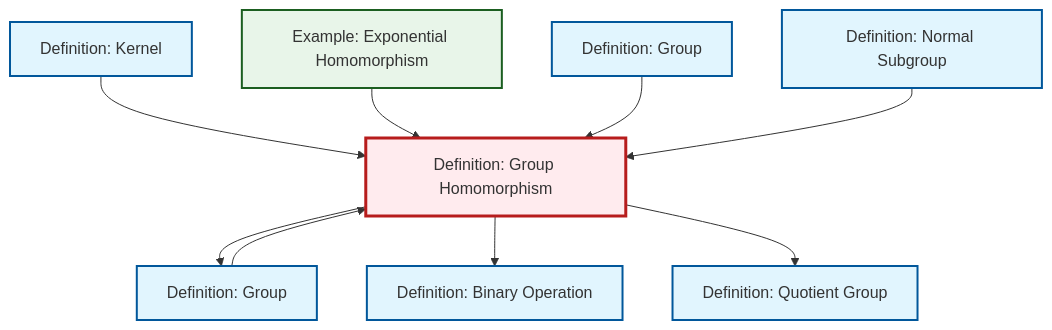
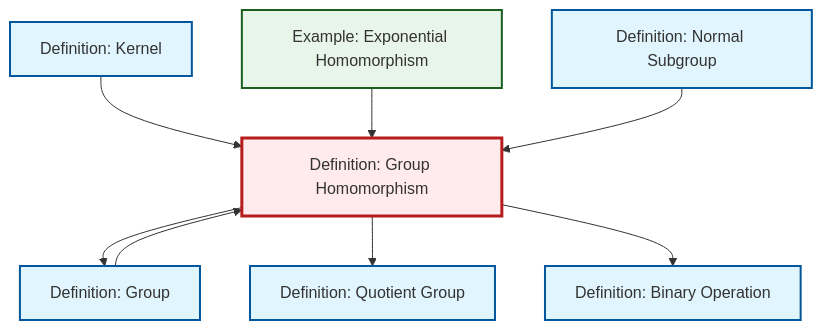
Before and after one commit to RK0429/ModernMath: the diagram in content/en/algebra/def-homomorphism.qmd, drawn with Mermaid. The commit also changed 530 other files, not shown here.

````diff
--- a/content/en/algebra/def-homomorphism.qmd
+++ b/content/en/algebra/def-homomorphism.qmd
@@ -61,33 +61,30 @@
 ```{mermaid}
 %%| fig-cap: "Local dependency graph"
 graph TD
     classDef definition fill:#e1f5fe,stroke:#01579b,stroke-width:2px
     classDef theorem fill:#f3e5f5,stroke:#4a148c,stroke-width:2px
     classDef axiom fill:#fff3e0,stroke:#e65100,stroke-width:2px
     classDef example fill:#e8f5e9,stroke:#1b5e20,stroke-width:2px
     classDef current fill:#ffebee,stroke:#b71c1c,stroke-width:3px
+    ex-exponential-homomorphism["Example: Exponential Homomorphism"]:::example
+    def-normal-subgroup["Definition: Normal Subgroup"]:::definition
+    def-kernel["Definition: Kernel"]:::definition
+    def-group["Definition: Group"]:::definition
+    def-homomorphism["Definition: Group Homomorphism"]:::definition
     def-quotient-group["Definition: Quotient Group"]:::definition
-    def-normal-subgroup["Definition: Normal Subgroup"]:::definition
     def-binary-operation["Definition: Binary Operation"]:::definition
-    def-homomorphism["Definition: Group Homomorphism"]:::definition
-    def-kernel["Definition: Kernel"]:::definition
-    ex-exponential-homomorphism["Example: Exponential Homomorphism"]:::example
-    def-group["Definition: Group"]:::definition
-    def-group-example["Definition: Group"]:::definition
     def-homomorphism --> def-group
     def-kernel --> def-homomorphism
+    def-group --> def-homomorphism
+    def-homomorphism --> def-quotient-group
     ex-exponential-homomorphism --> def-homomorphism
-    def-group --> def-homomorphism
-    def-group-example --> def-homomorphism
     def-homomorphism --> def-binary-operation
-    def-homomorphism --> def-quotient-group
     def-normal-subgroup --> def-homomorphism
     class def-homomorphism current
+    click ex-exponential-homomorphism "ex-exponential-homomorphism.html" "Go to Exponential Homomorphism example"
+    click def-normal-subgroup "def-normal-subgroup.html" "Go to Normal Subgroup definition"
+    click def-kernel "def-kernel.html" "Go to Kernel definition"
+    click def-group "def-group.html" "Go to Group definition"
     click def-quotient-group "def-quotient-group.html" "Go to Quotient Group definition"
-    click def-normal-subgroup "def-normal-subgroup.html" "Go to Normal Subgroup definition"
     click def-binary-operation "def-binary-operation.html" "Go to Binary Operation definition"
-    click def-kernel "def-kernel.html" "Go to Kernel definition"
-    click ex-exponential-homomorphism "ex-exponential-homomorphism.html" "Go to Exponential Homomorphism example"
-    click def-group "def-group.html" "Go to Group definition"
-    click def-group-example "def-group-example.html" "Go to Group definition"
 ```
````
